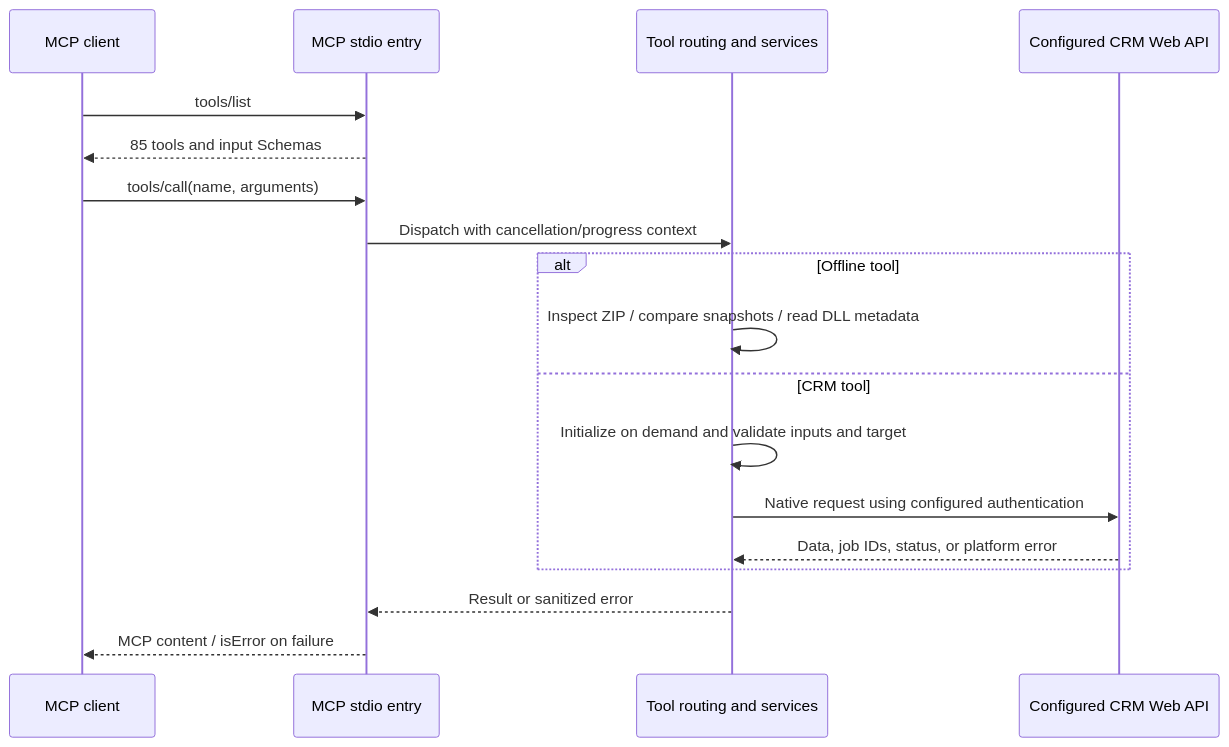
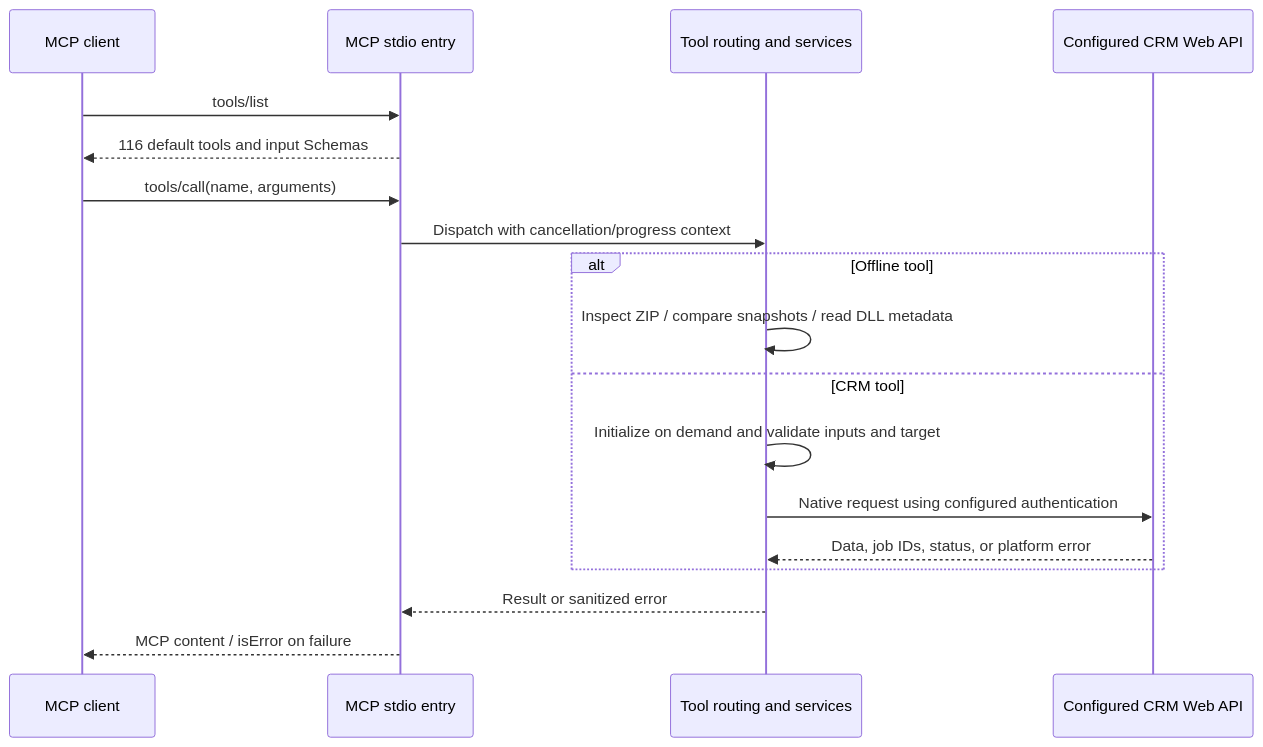
The second of 5 diagrams in README.md (Kenny-666/Dynamics365-mcp-server), drawn with Mermaid before and after one commit. The commit also changed other lines of this file and 78 other files, not shown here.

````diff
--- a/README.md
+++ b/README.md
@@ -102,20 +104,20 @@
 ```mermaid
 sequenceDiagram
     participant C as MCP client
     participant M as MCP stdio entry
     participant R as Tool routing and services
     participant A as Configured CRM Web API
     C->>M: tools/list
-    M-->>C: 85 tools and input Schemas
+    M-->>C: 116 default tools and input Schemas
     C->>M: tools/call(name, arguments)
     M->>R: Dispatch with cancellation/progress context
     alt Offline tool
         R->>R: Inspect ZIP / compare snapshots / read DLL metadata
     else CRM tool
         R->>R: Initialize on demand and validate inputs and target
         R->>A: Native request using configured authentication
         A-->>R: Data, job IDs, status, or platform error
     end
     R-->>M: Result or sanitized error
     M-->>C: MCP content / isError on failure
 ```
````
